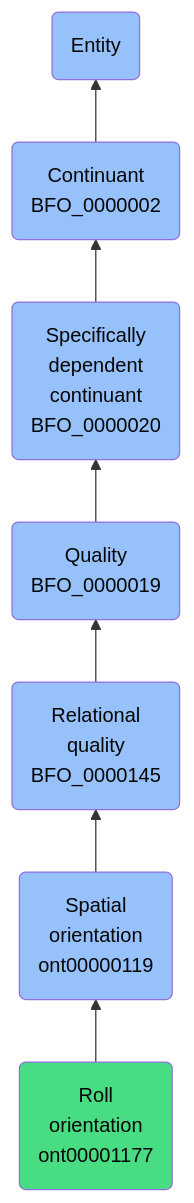
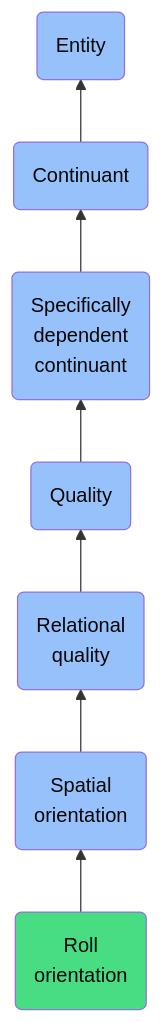
The diagram in docs/ontology/reference/model/Entity/Continuant/Specifically dependent continuant/Quality/Relational quality/Spatial orientation/Roll orientation/Roll orientation.md (jupyter-naas/abi), drawn with Mermaid before and after one commit. The commit also changed other lines of this file and 1430 other files, not shown here.

````diff
--- a/docs/ontology/reference/model/Entity/Continuant/Specifically dependent continuant/Quality/Relational quality/Spatial orientation/Roll orientation/Roll orientation.md
+++ b/docs/ontology/reference/model/Entity/Continuant/Specifically dependent continuant/Quality/Relational quality/Spatial orientation/Roll orientation/Roll orientation.md
@@ -24,14 +24,14 @@
 ```mermaid
 graph BT
-    ont00001177(Roll<br>orientation<br>ont00001177):::ABI-->ont00000119
-    ont00000119(Spatial<br>orientation<br>ont00000119):::BFO-->BFO_0000145
-    BFO_0000145(Relational<br>quality<br>BFO_0000145):::BFO-->BFO_0000019
-    BFO_0000019(Quality<br>BFO_0000019):::BFO-->BFO_0000020
-    BFO_0000020(Specifically<br>dependent<br>continuant<br>BFO_0000020):::BFO-->BFO_0000002
-    BFO_0000002(Continuant<br>BFO_0000002):::BFO-->BFO_0000001
+    ont00001177(Roll<br>orientation):::ABI-->ont00000119
+    ont00000119(Spatial<br>orientation):::BFO-->BFO_0000145
+    BFO_0000145(Relational<br>quality):::BFO-->BFO_0000019
+    BFO_0000019(Quality):::BFO-->BFO_0000020
+    BFO_0000020(Specifically<br>dependent<br>continuant):::BFO-->BFO_0000002
+    BFO_0000002(Continuant):::BFO-->BFO_0000001
     BFO_0000001(Entity):::BFO
     
     classDef BFO fill:#97c1fb,color:#060606
     classDef CCO fill:#e4c51e,color:#060606
     classDef ABI fill:#48DD82,color:#060606
 ```
````
